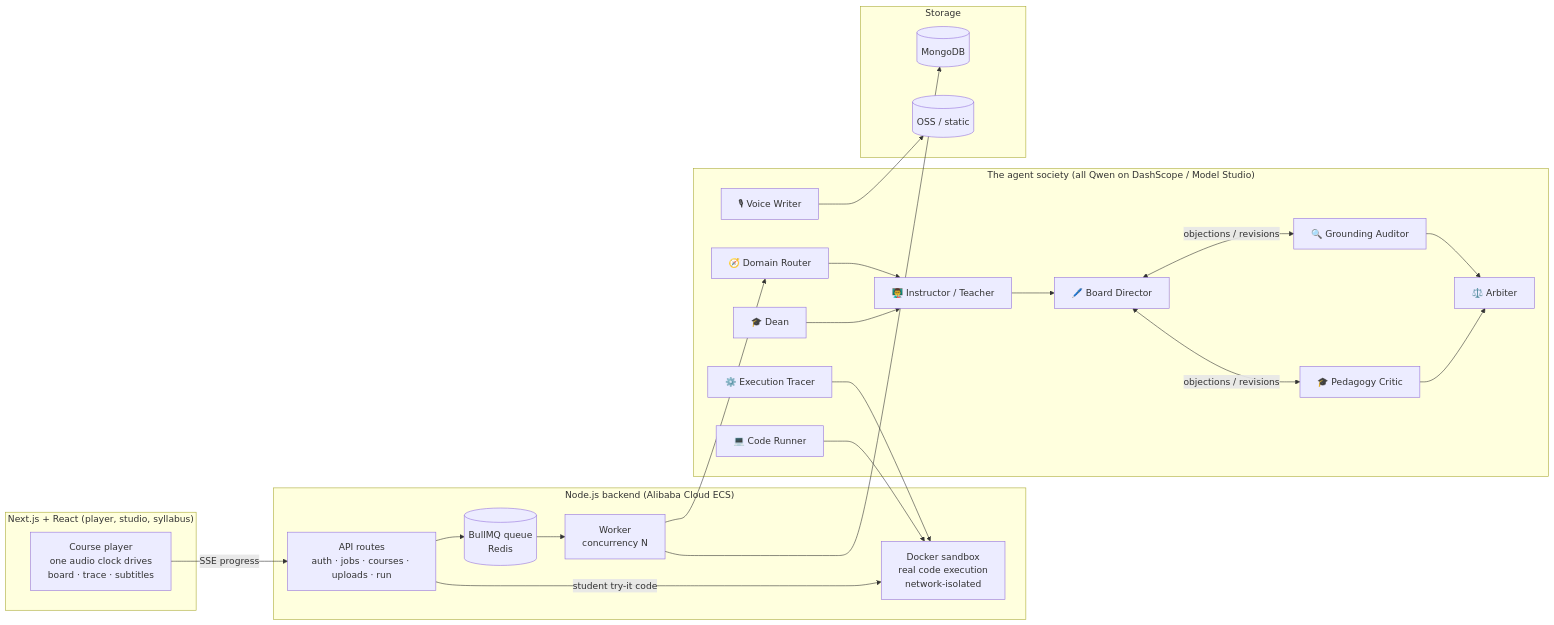
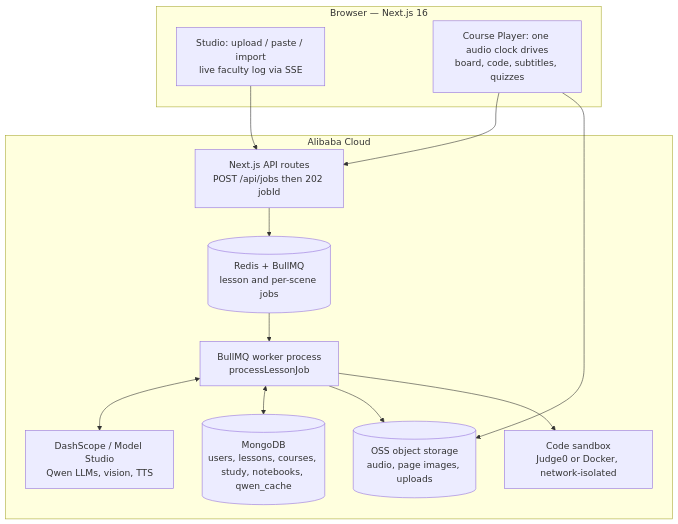
The first of 2 diagrams in README.md (auth889-ai/ai-live-tutor), drawn with Mermaid before and after one commit. The commit also changed other lines of this file and 1 other file, not shown here.

First line of the commit message:
Correct + upgrade architecture in both READMEs (code-traced)

````diff
--- a/README.md
+++ b/README.md
@@ -122,37 +128,23 @@
 ```mermaid
-flowchart LR
-    subgraph Client["Next.js + React (player, studio, syllabus)"]
-        UI[Course player<br/>one audio clock drives<br/>board · trace · subtitles]
+flowchart TB
+    subgraph Browser["Browser — Next.js 16"]
+        Studio["Studio: upload / paste / import<br/>live faculty log via SSE"]
+        Player["Course Player: one audio clock drives<br/>board, code, subtitles, quizzes"]
     end
-    subgraph Backend["Node.js backend (Alibaba Cloud ECS)"]
-        API[API routes<br/>auth · jobs · courses · uploads · run]
-        Q[(BullMQ queue<br/>Redis)]
-        W[Worker<br/>concurrency N]
-        SB[Docker sandbox<br/>real code execution<br/>network-isolated]
+    subgraph Cloud["Alibaba Cloud"]
+        API["Next.js API routes<br/>POST /api/jobs then 202 jobId"]
+        Q[("Redis + BullMQ<br/>lesson and per-scene jobs")]
+        WK["BullMQ worker process<br/>processLessonJob"]
+        DB[("MongoDB<br/>users, lessons, courses, study, notebooks, qwen_cache")]
+        OSS[("OSS object storage<br/>audio, page images, uploads")]
+        SBX["Code sandbox<br/>Judge0 or Docker, network-isolated"]
+        DS["DashScope / Model Studio<br/>Qwen LLMs, vision, TTS"]
     end
-    subgraph Society["The agent society (all Qwen on DashScope / Model Studio)"]
-        R[🧭 Domain Router]
-        D[🎓 Dean]
-        CI[👨‍🏫 Instructor / Teacher]
-        BD[🖊️ Board Director]
-        ET[⚙️ Execution Tracer]
-        CR[💻 Code Runner]
-        VW[🎙 Voice Writer]
-        GA[🔍 Grounding Auditor]
-        PC[🎓 Pedagogy Critic]
-        AR[⚖️ Arbiter]
-    end
-    subgraph Data["Storage"]
-        M[(MongoDB)]
-        F[(OSS / static)]
-    end
-    UI -->|SSE progress| API --> Q --> W
-    W --> R --> CI --> BD
-    D --> CI
-    BD <-->|objections / revisions| GA & PC --> AR
-    ET --> SB
-    CR --> SB
-    W --> M
-    VW --> F
-    API -->|student try-it code| SB
+    Studio --> API --> Q --> WK
+    WK <--> DS
+    WK <--> DB
+    WK --> OSS
+    WK --> SBX
+    Player --> API
+    Player --> OSS
 ```
````
